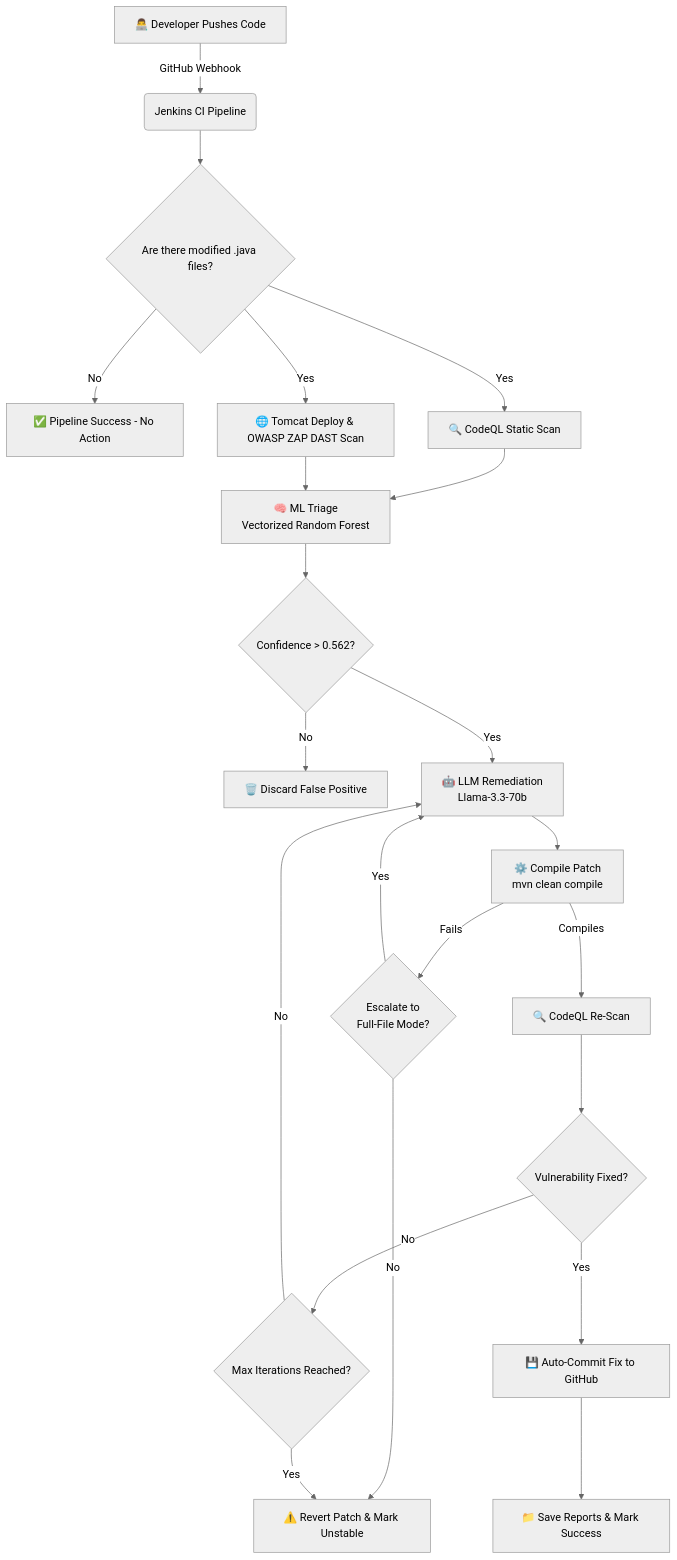
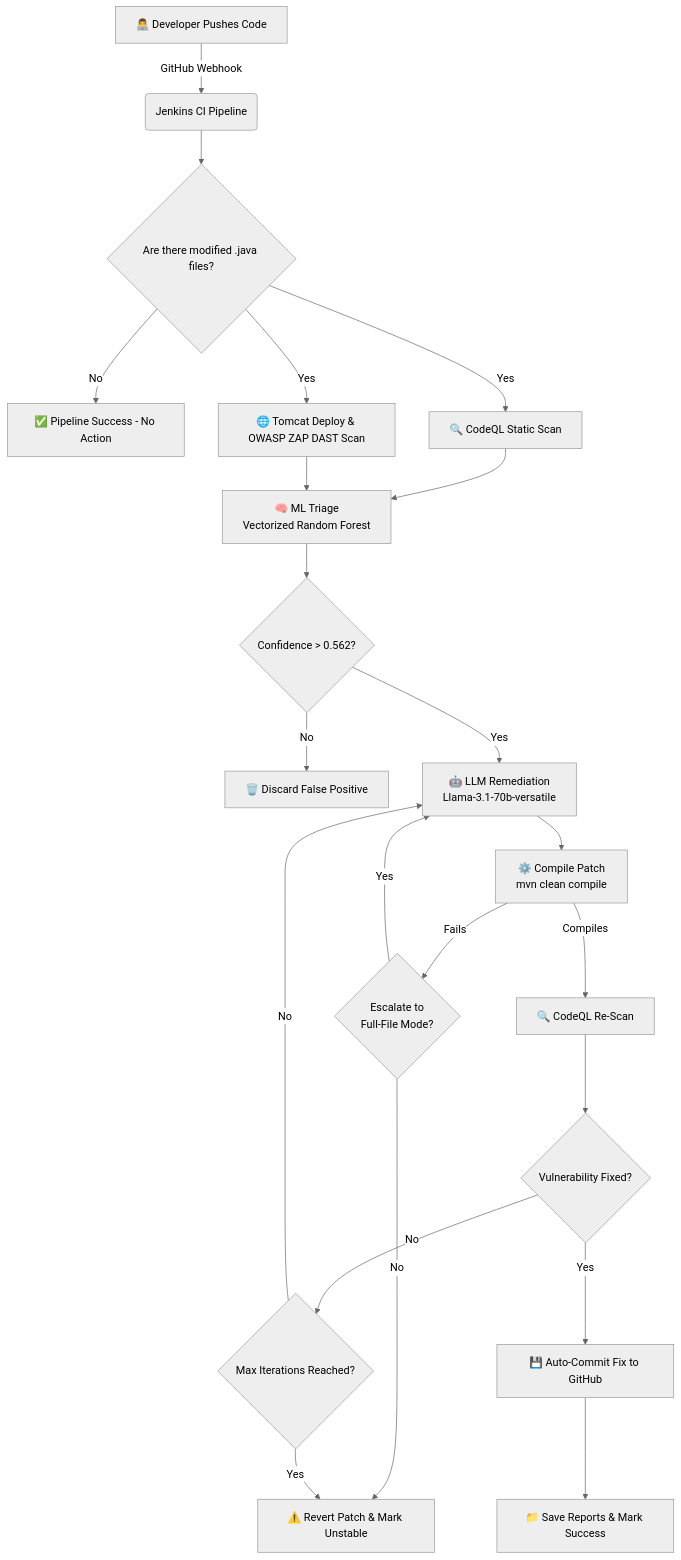
One commit to Buddha-11/VulnAgent changed the diagram in README.md. Above: the diagram before and after it, drawn with Mermaid (neutral theme). The commit also changed other lines of this file and 2 other files, not shown here.

Commit message:
fix: downgrade Groq model to llama-3.1-70b-versatile to fix 404 error

````diff
--- a/README.md
+++ b/README.md
@@ -53,29 +53,29 @@
 ```mermaid
 graph TD
     A[👨‍💻 Developer Pushes Code] -->|GitHub Webhook| B(Jenkins CI Pipeline)
     B --> C{Are there modified .java files?}
     C -- No --> D[✅ Pipeline Success - No Action]
     C -- Yes --> E[🔍 CodeQL Static Scan]
     C -- Yes --> E2[🌐 Tomcat Deploy & OWASP ZAP DAST Scan]
     
     E --> F[🧠 ML Triage <br/> Vectorized Random Forest]
     E2 --> F
     
     F --> G{Confidence > 0.562?}
     G -- No --> H[🗑️ Discard False Positive]
-    G -- Yes --> I[🤖 LLM Remediation <br/> Llama-3.3-70b]
+    G -- Yes --> I[🤖 LLM Remediation <br/> Llama-3.1-70b-versatile]
     
     I --> J[⚙️ Compile Patch <br/> mvn clean compile]
     J -- Fails --> K{Escalate to <br/> Full-File Mode?}
     K -- Yes --> I
     K -- No --> L[⚠️ Revert Patch & Mark Unstable]
     
     J -- Compiles --> M[🔍 CodeQL Re-Scan]
     M --> N{Vulnerability Fixed?}
     N -- No --> O{Max Iterations Reached?}
     O -- No --> I
     O -- Yes --> L
     
     N -- Yes --> P[💾 Auto-Commit Fix to GitHub]
     P --> Q[📁 Save Reports & Mark Success]
 ```
````
